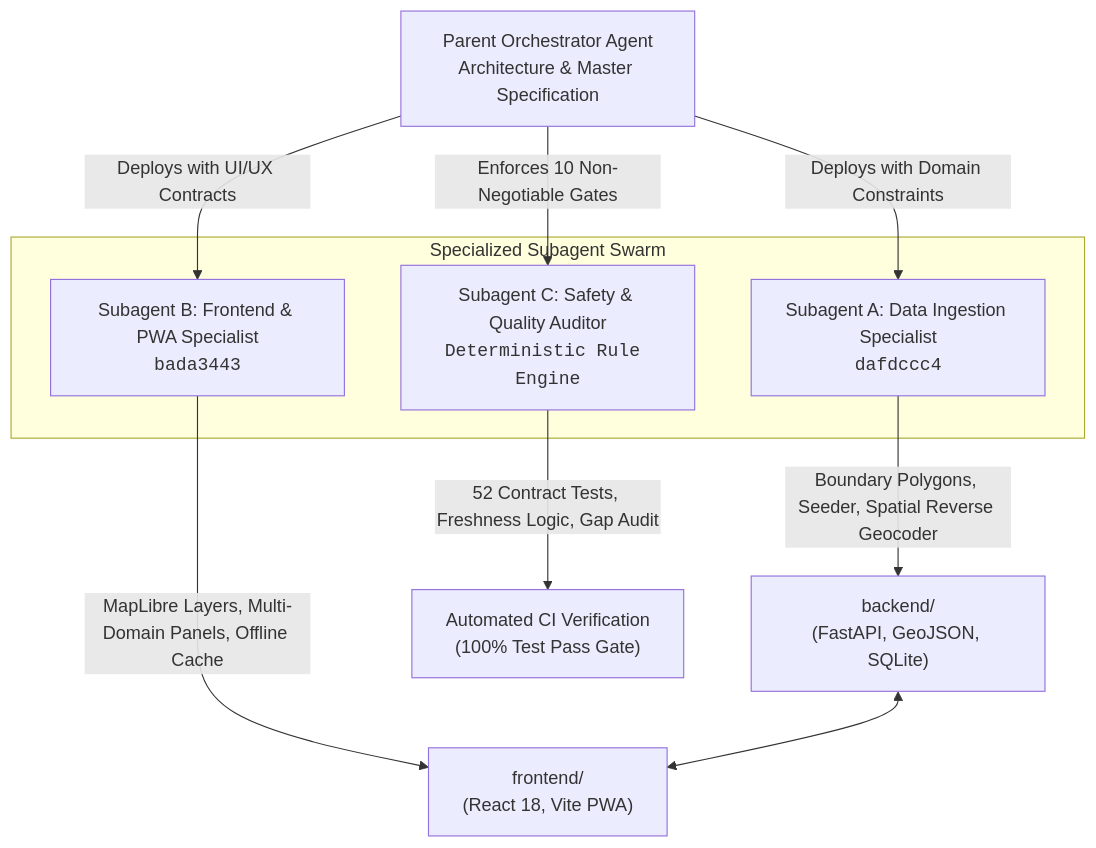
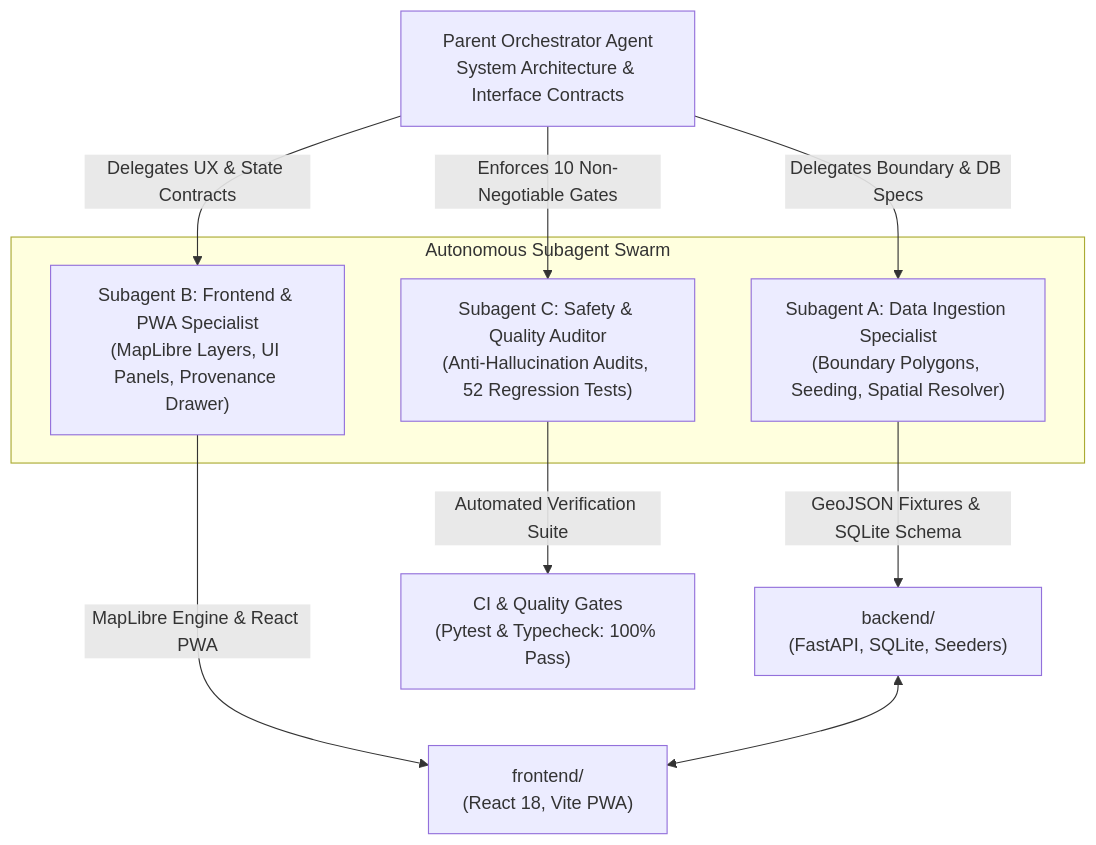
Before and after one commit to johan-droid/Garuda: the first of 2 diagrams in README.md, drawn with Mermaid. The commit also changed other lines of this file, not shown here.

Commit message:
docs: finalize production-quality README with complete architecture and usage guides

````diff
--- a/README.md
+++ b/README.md
@@ -25,20 +68,20 @@
 ```mermaid
 flowchart TD
-    Orchestrator["Parent Orchestrator Agent<br/>Architecture & Master Specification"]
+    Orchestrator["Parent Orchestrator Agent<br/>System Architecture & Interface Contracts"]
 
-    subgraph AutonomousSubagents ["Specialized Subagent Swarm"]
-        SubA["Subagent A: Data Ingestion Specialist<br/><code>dafdccc4</code>"]
-        SubB["Subagent B: Frontend & PWA Specialist<br/><code>bada3443</code>"]
-        SubC["Subagent C: Safety & Quality Auditor<br/><code>Deterministic Rule Engine</code>"]
+    subgraph SubagentSwarm ["Autonomous Subagent Swarm"]
+        SubA["Subagent A: Data Ingestion Specialist<br/>(Boundary Polygons, Seeding, Spatial Resolver)"]
+        SubB["Subagent B: Frontend & PWA Specialist<br/>(MapLibre Layers, UI Panels, Provenance Drawer)"]
+        SubC["Subagent C: Safety & Quality Auditor<br/>(Anti-Hallucination Audits, 52 Regression Tests)"]
     end
 
-    Orchestrator -->|Deploys with Domain Constraints| SubA
-    Orchestrator -->|Deploys with UI/UX Contracts| SubB
+    Orchestrator -->|Delegates Boundary & DB Specs| SubA
+    Orchestrator -->|Delegates UX & State Contracts| SubB
     Orchestrator -->|Enforces 10 Non-Negotiable Gates| SubC
 
-    SubA -->|Boundary Polygons, Seeder, Spatial Reverse Geocoder| Backend["backend/<br/>(FastAPI, GeoJSON, SQLite)"]
-    SubB -->|MapLibre Layers, Multi-Domain Panels, Offline Cache| Frontend["frontend/<br/>(React 18, Vite PWA)"]
-    SubC -->|52 Contract Tests, Freshness Logic, Gap Audit| Verification["Automated CI Verification<br/>(100% Test Pass Gate)"]
+    SubA -->|GeoJSON Fixtures & SQLite Schema| Backend["backend/<br/>(FastAPI, SQLite, Seeders)"]
+    SubB -->|MapLibre Engine & React PWA| Frontend["frontend/<br/>(React 18, Vite PWA)"]
+    SubC -->|Automated Verification Suite| TestGate["CI & Quality Gates<br/>(Pytest & Typecheck: 100% Pass)"]
 
     Backend <--> Frontend
 ```
````
